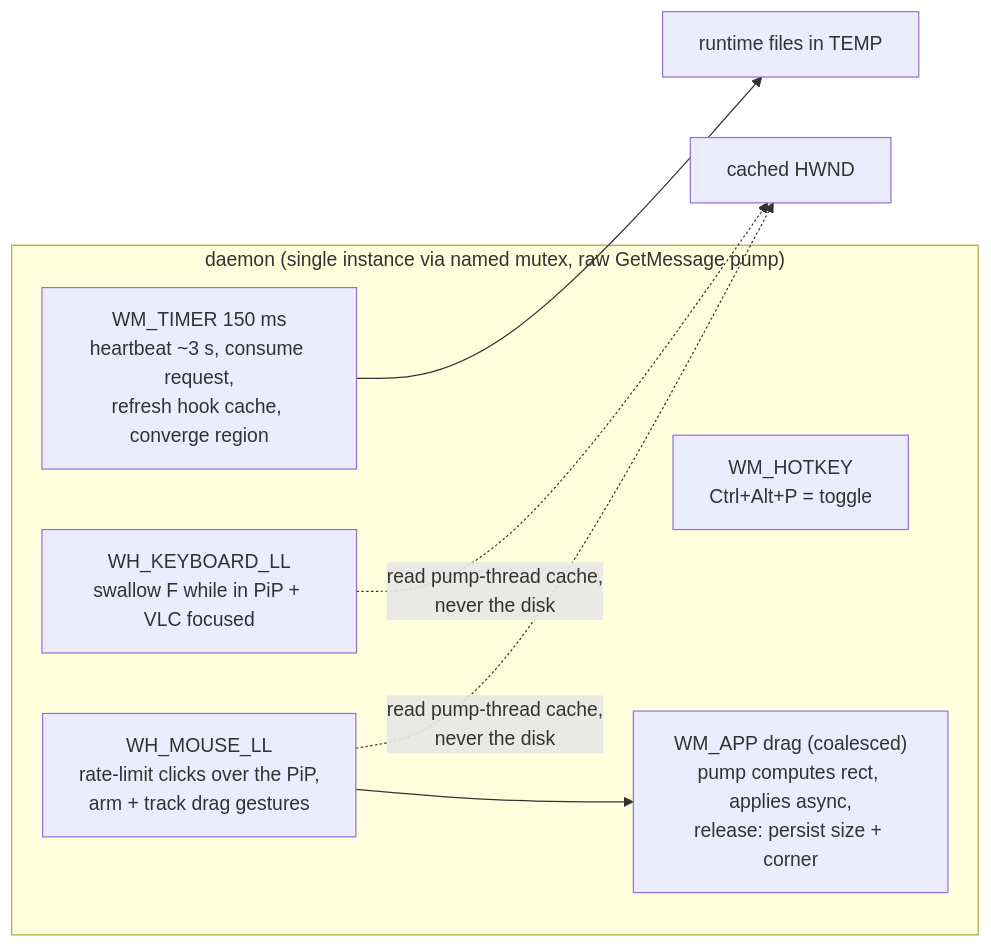
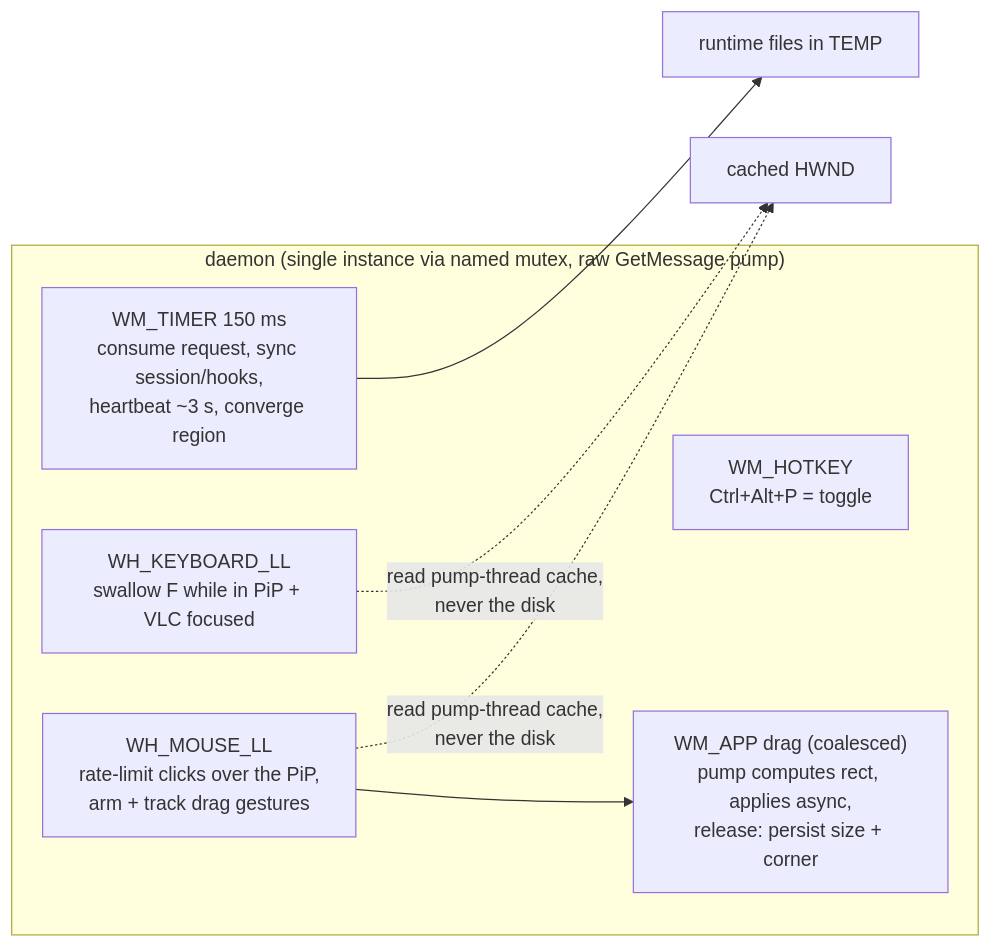
One commit to Bug-Finderr/vlc-pip changed the second of 2 diagrams in docs/ARCHITECTURE.md. Above: the diagram before and after it, drawn with Mermaid. The commit also changed other lines of this file and 7 other files, not shown here.

````diff
--- a/docs/ARCHITECTURE.md
+++ b/docs/ARCHITECTURE.md
@@ -26,13 +26,13 @@
 ```mermaid
 flowchart LR
     subgraph D["daemon (single instance via named mutex, raw GetMessage pump)"]
-        T["WM_TIMER 150 ms<br>heartbeat ~3 s, consume request,<br>refresh hook cache, converge region"]
+        T["WM_TIMER 150 ms<br>consume request, sync session/hooks,<br>heartbeat ~3 s, converge region"]
         H["WM_HOTKEY<br>Ctrl+Alt+P = toggle"]
         K["WH_KEYBOARD_LL<br>swallow F while in PiP + VLC focused"]
         M["WH_MOUSE_LL<br>rate-limit clicks over the PiP,<br>arm + track drag gestures"]
         G["WM_APP drag (coalesced)<br>pump computes rect, applies async,<br>release: persist size + corner"]
     end
     M --> G
     T --> FILES["runtime files in TEMP"]
     K & M -.->|read pump-thread cache,<br>never the disk| CACHE["cached HWND"]
 ```
````
